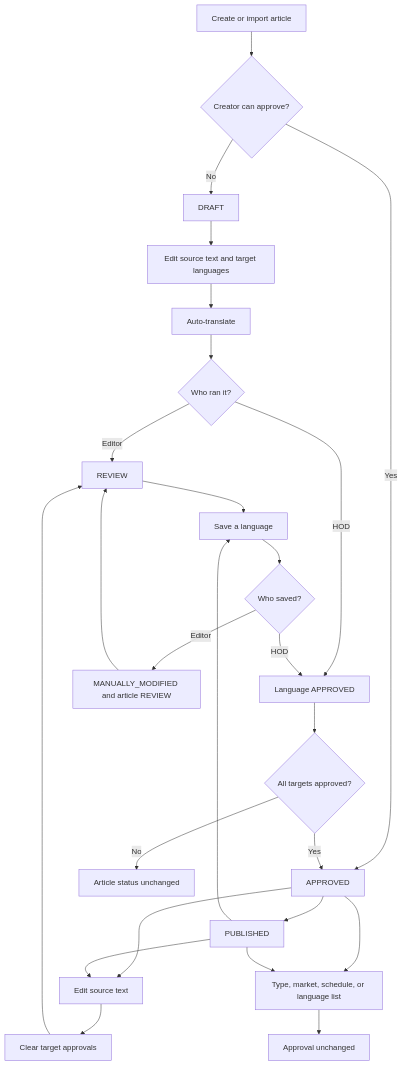
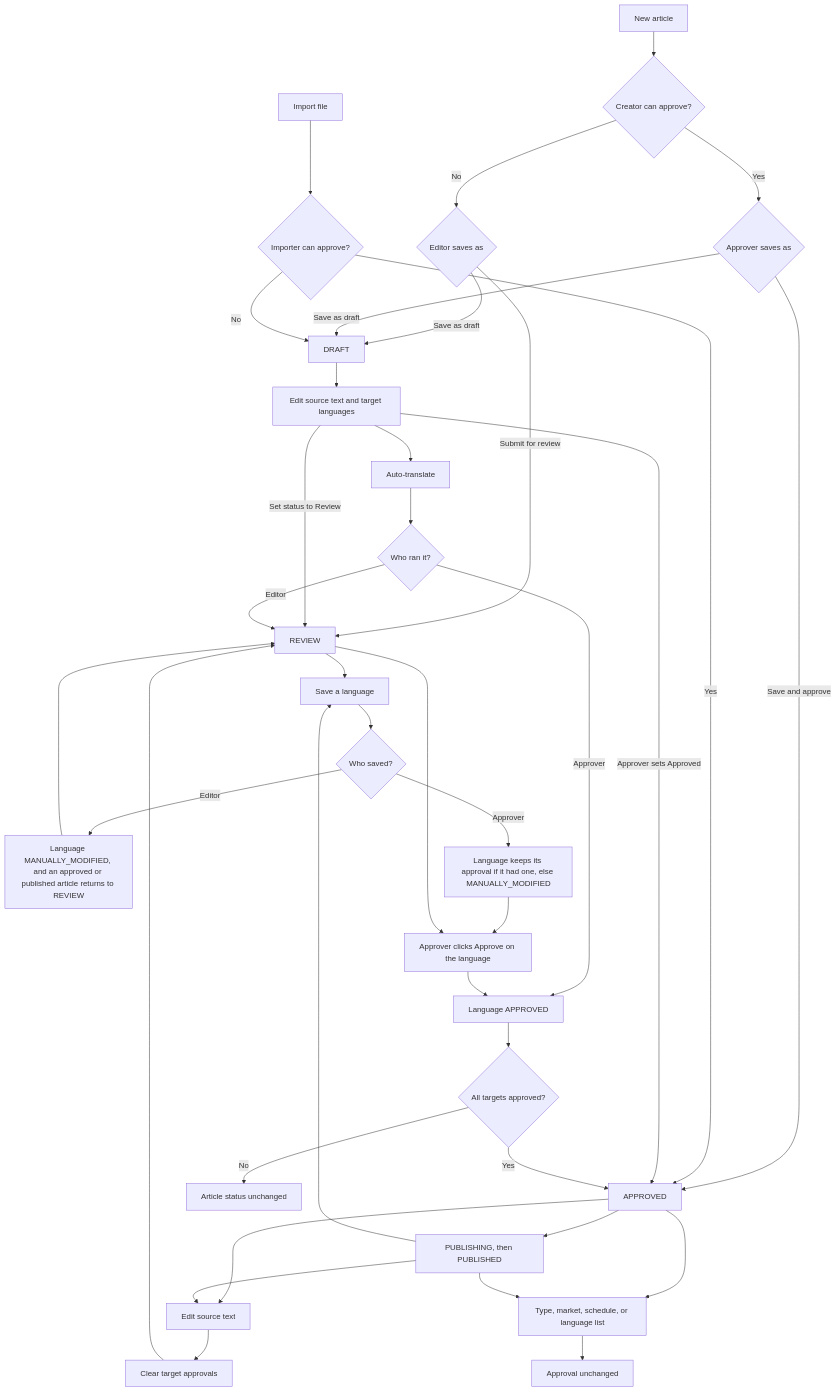
One commit to alanwongsh/mrdiy-lingo changed the fifth of 10 diagrams in docs/technical-documentation.md. Above: the diagram before and after it, drawn with Mermaid. The commit also changed other lines of this file and 71 other files, not shown here.

````diff
--- a/docs/technical-documentation.md
+++ b/docs/technical-documentation.md
@@ -332,28 +451,40 @@
 ```mermaid
 flowchart TD
-  Create[Create or import article] --> Start{Creator can approve?}
-  Start -->|No| Draft[DRAFT]
-  Start -->|Yes| Approved[APPROVED]
+  Create[New article] --> Start{Creator can approve?}
+  Start -->|No| EditorSave{Editor saves as}
+  EditorSave -->|Save as draft| Draft[DRAFT]
+  EditorSave -->|Submit for review| Review[REVIEW]
+  Start -->|Yes| HodSave{Approver saves as}
+  HodSave -->|Save as draft| Draft
+  HodSave -->|Save and approve| Approved[APPROVED]
+  Import[Import file] --> ImportWho{Importer can approve?}
+  ImportWho -->|No| Draft
+  ImportWho -->|Yes| Approved
   Draft --> Work[Edit source text and target languages]
+  Work -->|Set status to Review| Review
+  Work -->|Approver sets Approved| Approved
   Work --> Auto[Auto-translate]
   Auto --> AutoWho{Who ran it?}
-  AutoWho -->|Editor| Review[REVIEW]
-  AutoWho -->|HOD| LangOk[Language APPROVED]
+  AutoWho -->|Editor| Review
+  AutoWho -->|Approver| LangOk[Language APPROVED]
   Review --> SaveLang[Save a language]
   SaveLang --> Actor{Who saved?}
-  Actor -->|Editor| Manual[MANUALLY_MODIFIED and article REVIEW]
-  Actor -->|HOD| LangOk
+  Actor -->|Editor| Manual[Language MANUALLY_MODIFIED, and an approved or published article returns to REVIEW]
+  Actor -->|Approver| Kept[Language keeps its approval if it had one, else MANUALLY_MODIFIED]
   Manual --> Review
+  Kept --> ApproveLang[Approver clicks Approve on the language]
+  Review --> ApproveLang
+  ApproveLang --> LangOk
   LangOk --> All{All targets approved?}
   All -->|No| Stay[Article status unchanged]
   All -->|Yes| Approved
-  Approved --> Publish[PUBLISHED]
+  Approved --> Publish[PUBLISHING, then PUBLISHED]
   Publish --> SaveLang
   Approved --> SourceEdit[Edit source text]
   Publish --> SourceEdit
   SourceEdit --> Cleared[Clear target approvals]
   Cleared --> Review
   Approved --> Settings[Type, market, schedule, or language list]
   Publish --> Settings
   Settings --> Keep[Approval unchanged]
 ```
````
